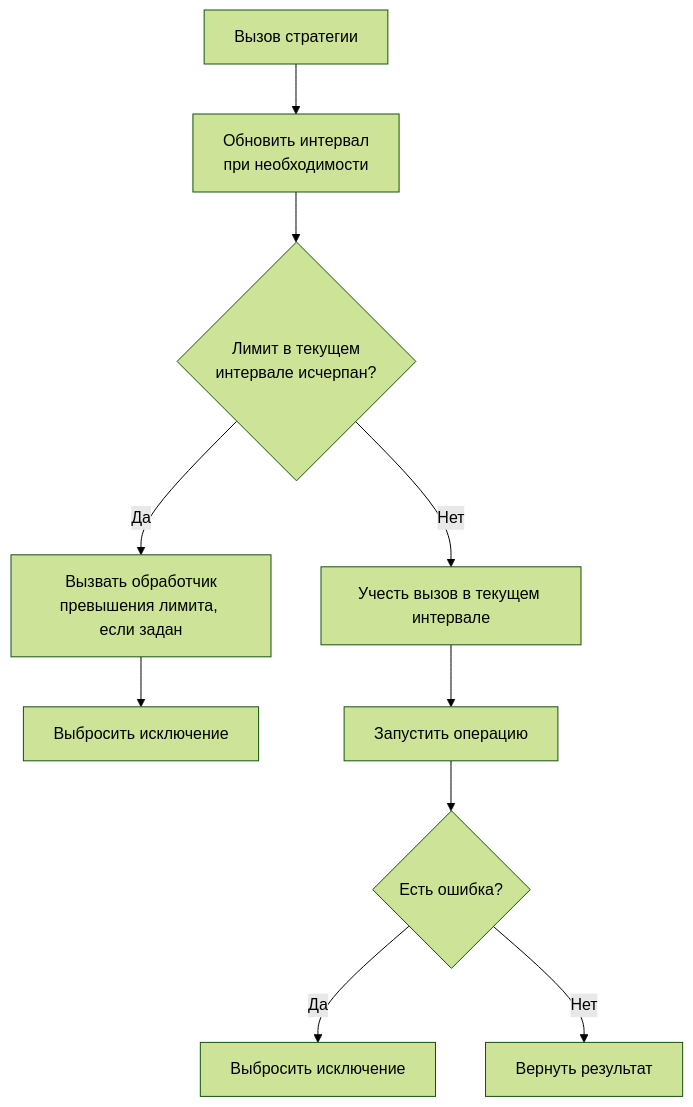
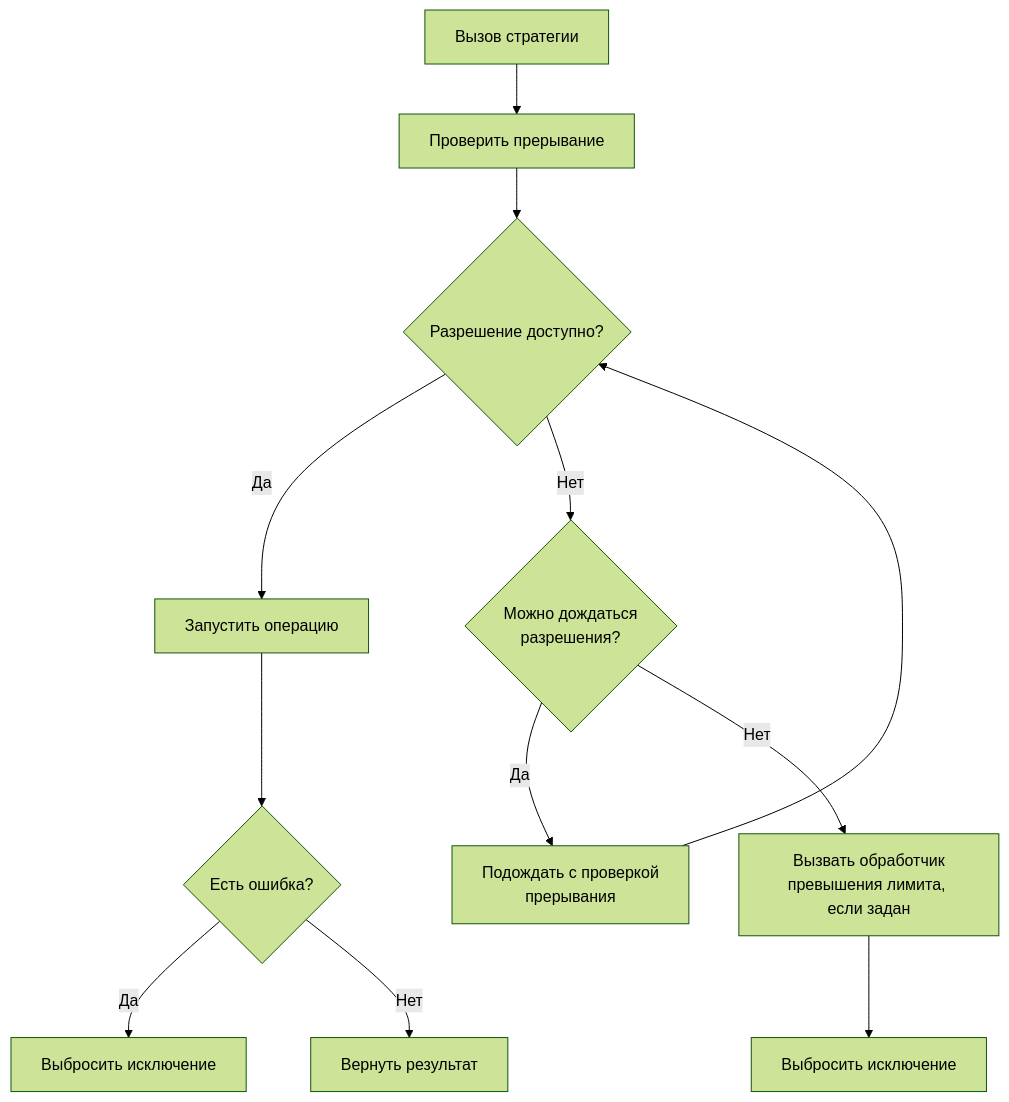
Before and after one commit to Stivo182/oscript-resilience: the diagram in docs/СтратегияОграниченияВызовов.md, drawn with Mermaid (forest theme). The commit also changed other lines of this file and 9 other files, not shown here.

````diff
--- a/docs/СтратегияОграниченияВызовов.md
+++ b/docs/СтратегияОграниченияВызовов.md
@@ -59,12 +67,14 @@
 ```mermaid
 flowchart TD
-    A[Вызов стратегии] --> B[Обновить интервал<br/>при необходимости]
-    B --> C{Лимит в текущем<br/>интервале исчерпан?}
-    C -- Да --> D[Вызвать обработчик<br/>превышения лимита, если задан]
-    D --> E[Выбросить исключение]
-    C -- Нет --> G[Учесть вызов в текущем интервале]
-    G --> H[Запустить операцию]
+    A[Вызов стратегии] --> B[Проверить прерывание]
+    B --> C{Разрешение доступно?}
+    C -- Да --> H[Запустить операцию]
+    C -- Нет --> D{Можно дождаться<br/>разрешения?}
+    D -- Да --> F[Подождать с проверкой<br/>прерывания]
+    F --> C
+    D -- Нет --> E[Вызвать обработчик<br/>превышения лимита, если задан]
+    E --> G[Выбросить исключение]
     H --> I{Есть ошибка?}
     I -- Да --> J[Выбросить исключение]
     I -- Нет --> K[Вернуть результат]
 ```
````
